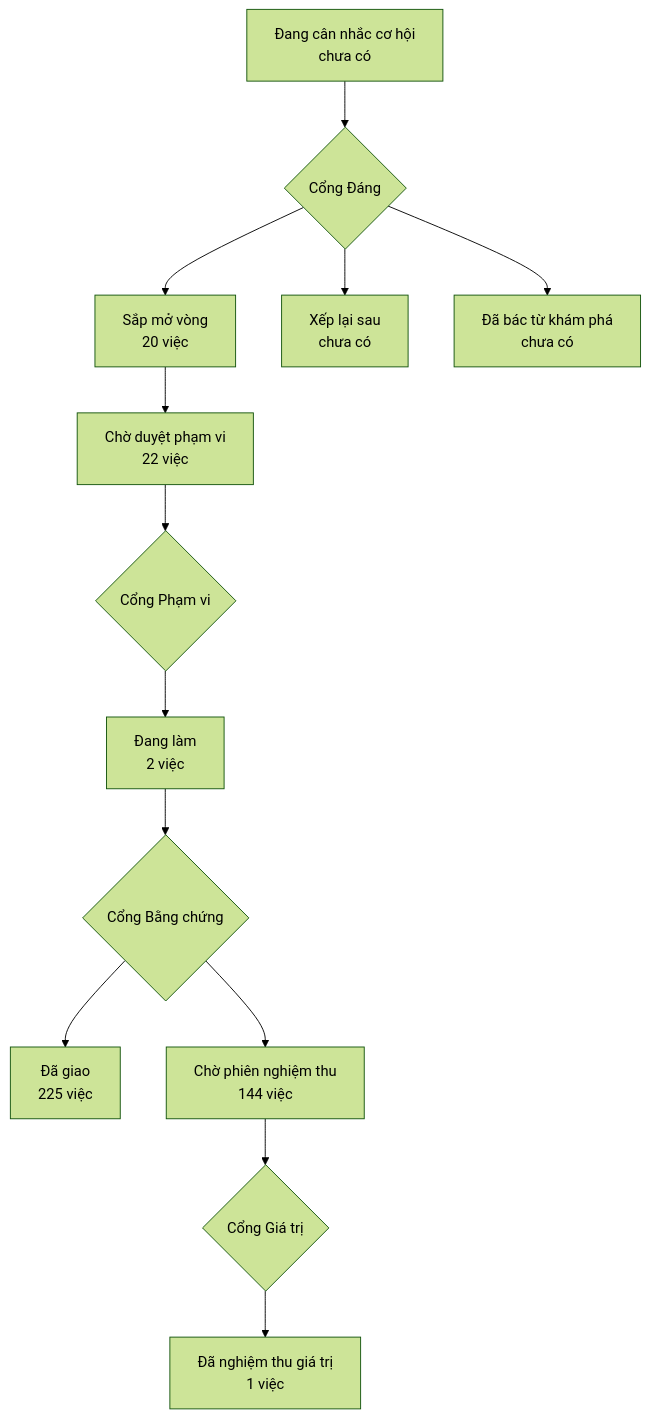
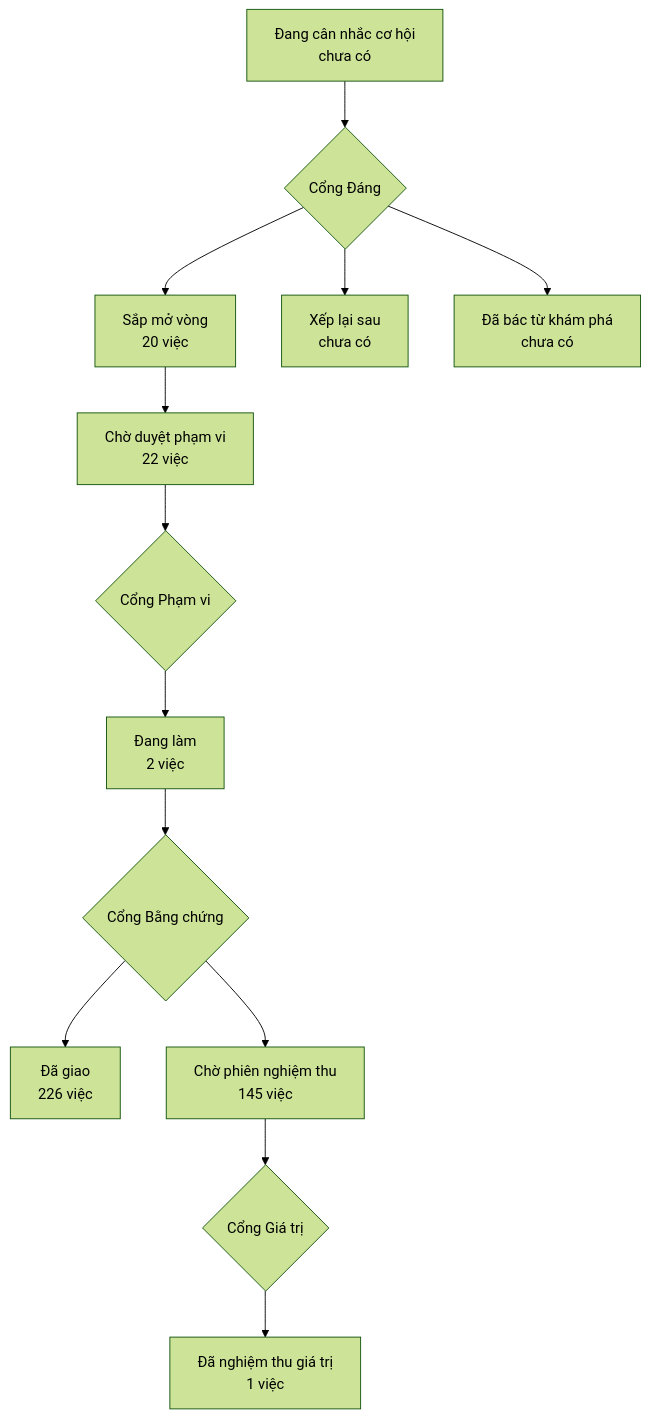
Before and after one commit to phanlemanh/onehub-invest: the diagram in PRODUCT-MAP.md, drawn with Mermaid (forest theme). The commit also changed other lines of this file and 1 other file, not shown here.

Commit message:
chore: vẽ lại PRODUCT-MAP, LO-TRINH sau gộp main (NK1)

````diff
--- a/PRODUCT-MAP.md
+++ b/PRODUCT-MAP.md
@@ -7,12 +7,12 @@
 ```mermaid
 flowchart TD
   A["Đang cân nhắc cơ hội<br/>chưa có"] --> GD{"Cổng Đáng"}
   GD --> B["Sắp mở vòng<br/>20 việc"]
   GD --> XL["Xếp lại sau<br/>chưa có"]
   GD --> DB["Đã bác từ khám phá<br/>chưa có"]
   B --> CD["Chờ duyệt phạm vi<br/>22 việc"] --> GP{"Cổng Phạm vi"}
   GP --> DL["Đang làm<br/>2 việc"] --> GB{"Cổng Bằng chứng"}
-  GB --> DG["Đã giao<br/>225 việc"]
-  GB --> CN["Chờ phiên nghiệm thu<br/>144 việc"] --> GG{"Cổng Giá trị"}
+  GB --> DG["Đã giao<br/>226 việc"]
+  GB --> CN["Chờ phiên nghiệm thu<br/>145 việc"] --> GG{"Cổng Giá trị"}
   GG --> NT["Đã nghiệm thu giá trị<br/>1 việc"]
 ```
````
